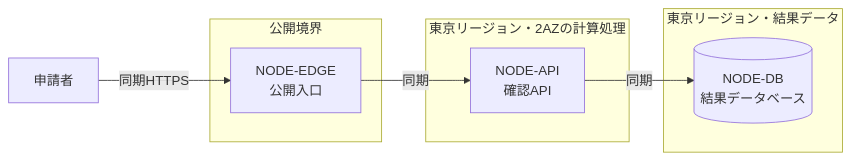
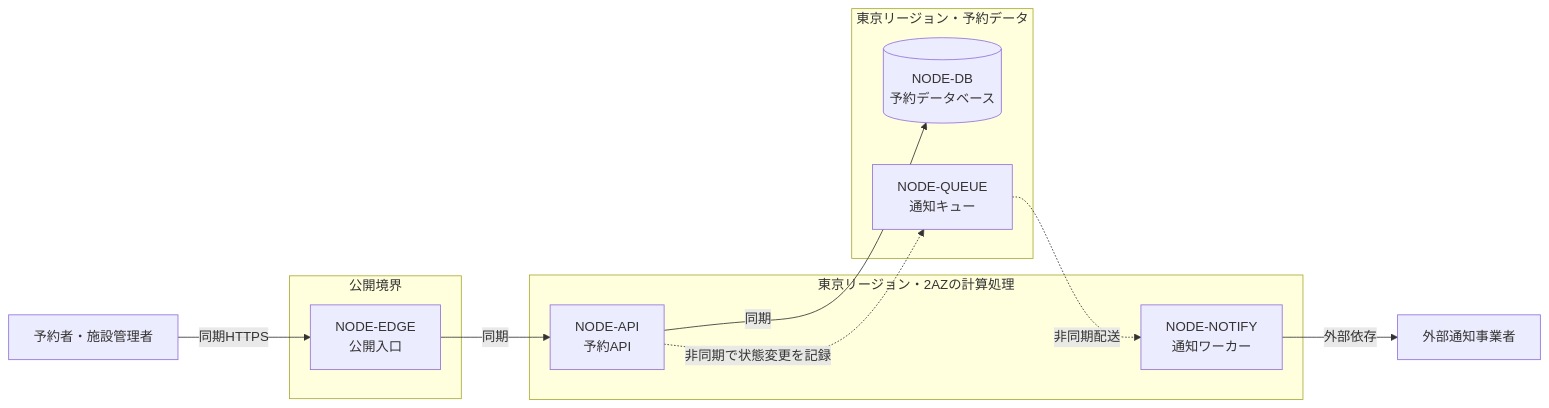
Before and after one commit to nakamori-naoya/system-design-plugins: the diagram in tests/fixtures/design-cloud-architecture/success.md, drawn with Mermaid. The commit also changed other lines of this file and 20 other files, not shown here.

````diff
--- a/tests/fixtures/design-cloud-architecture/success.md
+++ b/tests/fixtures/design-cloud-architecture/success.md
@@ -50,15 +67,20 @@
 ```mermaid
 flowchart LR
-  USER["申請者"] -->|同期HTTPS| NODE_EDGE["NODE-EDGE<br/>公開入口"]
+  USER["予約者・施設管理者"] -->|同期HTTPS| NODE_EDGE["NODE-EDGE<br/>公開入口"]
   subgraph TZ_PUBLIC["公開境界"]
     NODE_EDGE
   end
   subgraph AU_APP["東京リージョン・2AZの計算処理"]
-    NODE_API["NODE-API<br/>確認API"]
+    NODE_API["NODE-API<br/>予約API"]
+    NODE_NOTIFY["NODE-NOTIFY<br/>通知ワーカー"]
   end
-  subgraph AU_DATA["東京リージョン・結果データ"]
-    NODE_DB[("NODE-DB<br/>結果データベース")]
+  subgraph AU_DATA["東京リージョン・予約データ"]
+    NODE_DB[("NODE-DB<br/>予約データベース")]
+    NODE_QUEUE["NODE-QUEUE<br/>通知キュー"]
   end
   NODE_EDGE -->|同期| NODE_API
   NODE_API -->|同期| NODE_DB
+  NODE_API -.->|非同期で状態変更を記録| NODE_QUEUE
+  NODE_QUEUE -.->|非同期配送| NODE_NOTIFY
+  NODE_NOTIFY -->|外部依存| EXT_NOTIFY["外部通知事業者"]
 ```
````
